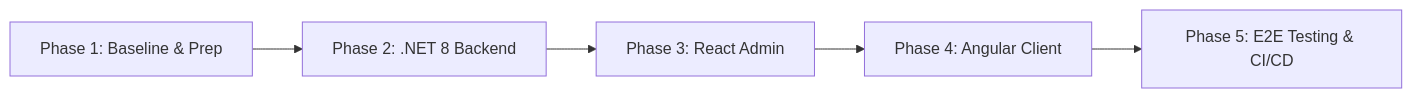
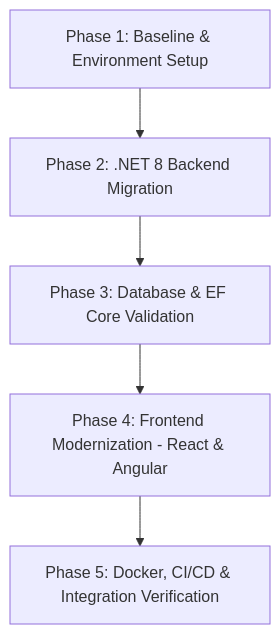
Before and after one commit to ARKFahad/web-base-pos: the diagram in docs/TECH_STACK_AND_ROADMAP.md, drawn with Mermaid. The commit also changed other lines of this file, not shown here.

First line of the commit message:
Add comprehensive Tech Stack Breakdown & Modernization Plan

````diff
--- a/docs/TECH_STACK_AND_ROADMAP.md
+++ b/docs/TECH_STACK_AND_ROADMAP.md
@@ -22,7 +79,7 @@
 ```mermaid
-flowchart LR
-    A[Phase 1: Baseline & Prep] --> B[Phase 2: .NET 8 Backend]
-    B --> C[Phase 3: React Admin]
-    C --> D[Phase 4: Angular Client]
-    D --> E[Phase 5: E2E Testing & CI/CD]
+flowchart TD
+    Phase1[Phase 1: Baseline & Environment Setup] --> Phase2[Phase 2: .NET 8 Backend Migration]
+    Phase2 --> Phase3[Phase 3: Database & EF Core Validation]
+    Phase3 --> Phase4[Phase 4: Frontend Modernization - React & Angular]
+    Phase4 --> Phase5[Phase 5: Docker, CI/CD & Integration Verification]
 ```
````
